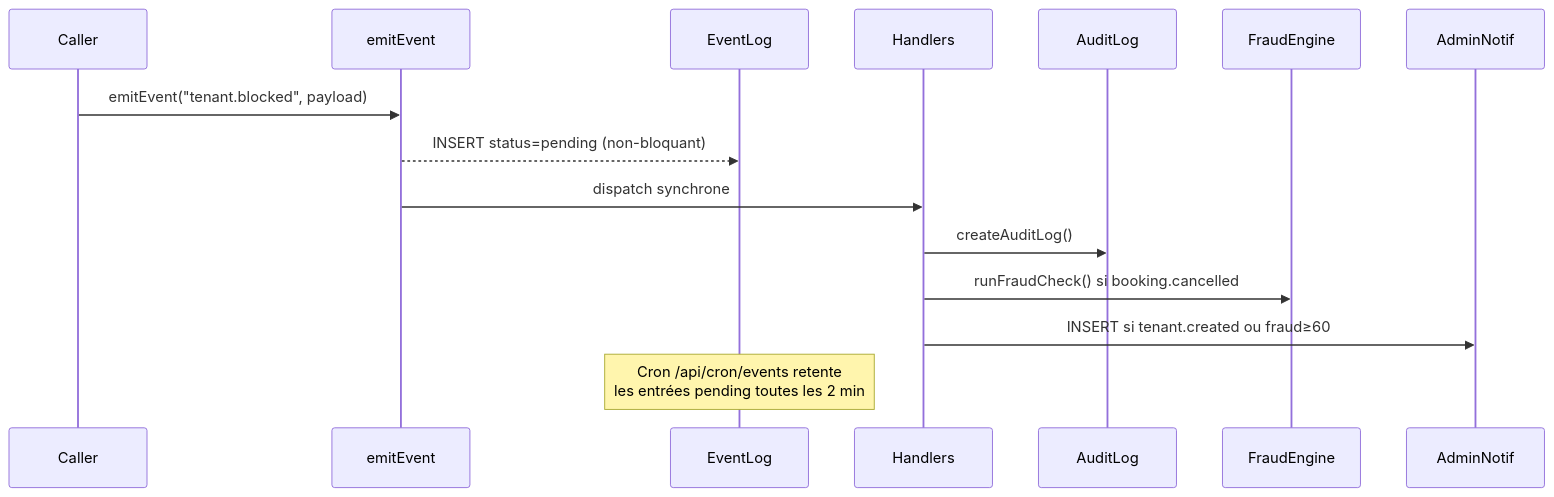
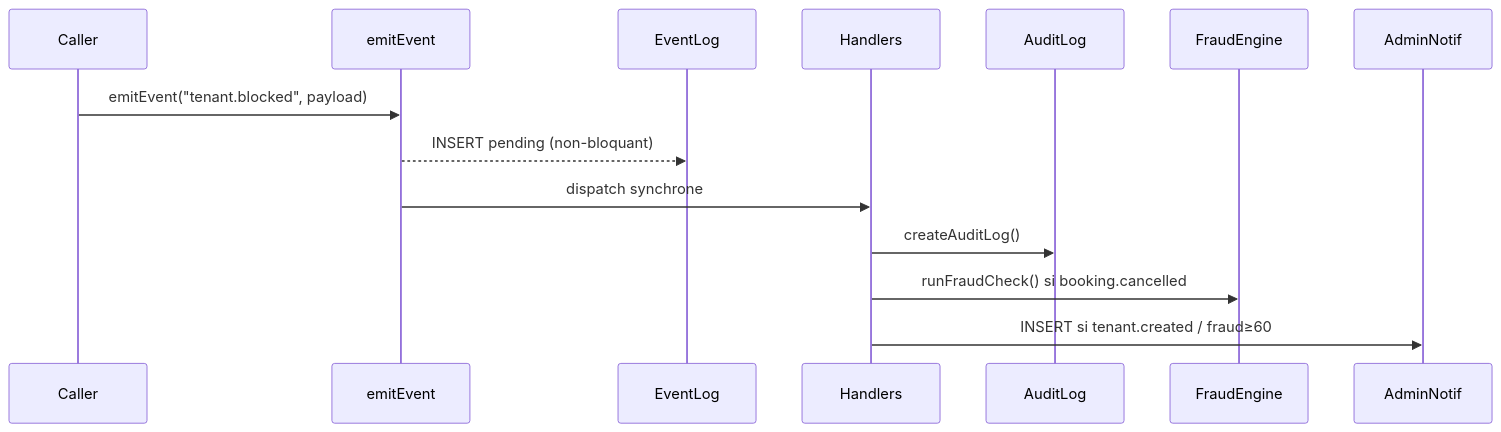
Before and after one commit to Ahmesgroup/belo: the second of 6 diagrams in DOCUMENTATION.md, drawn with Mermaid. The commit also changed other lines of this file, not shown here.

````diff
--- a/DOCUMENTATION.md
+++ b/DOCUMENTATION.md
@@ -132,18 +128,17 @@
 ```mermaid
 sequenceDiagram
     participant Caller
     participant emitEvent
     participant EventLog
     participant Handlers
     participant AuditLog
     participant FraudEngine
     participant AdminNotif
 
     Caller->>emitEvent: emitEvent("tenant.blocked", payload)
-    emitEvent-->>EventLog: INSERT status=pending (non-bloquant)
+    emitEvent-->>EventLog: INSERT pending (non-bloquant)
     emitEvent->>Handlers: dispatch synchrone
     Handlers->>AuditLog: createAuditLog()
     Handlers->>FraudEngine: runFraudCheck() si booking.cancelled
-    Handlers->>AdminNotif: INSERT si tenant.created ou fraud≥60
-    Note over EventLog: Cron /api/cron/events retente<br/>les entrées pending toutes les 2 min
+    Handlers->>AdminNotif: INSERT si tenant.created / fraud≥60
 ```
````
